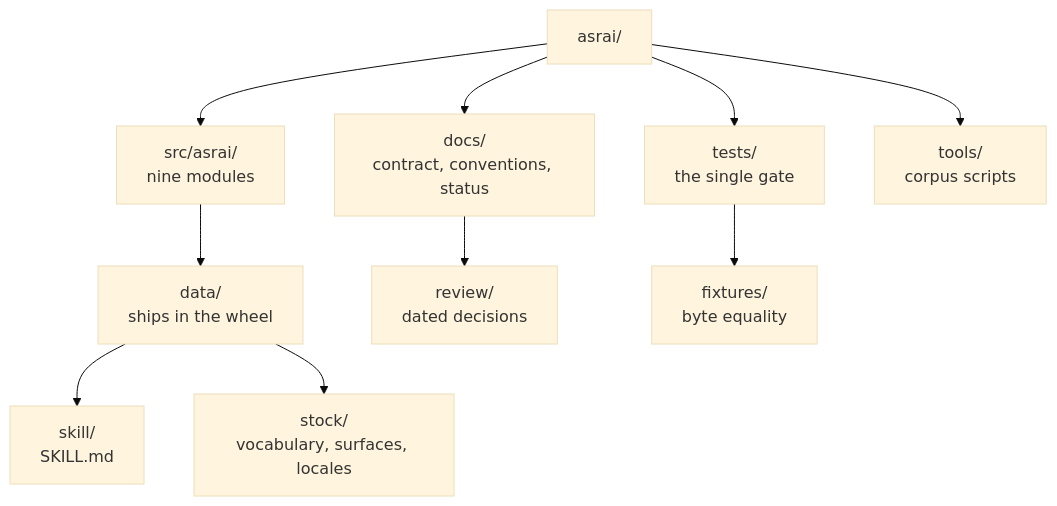
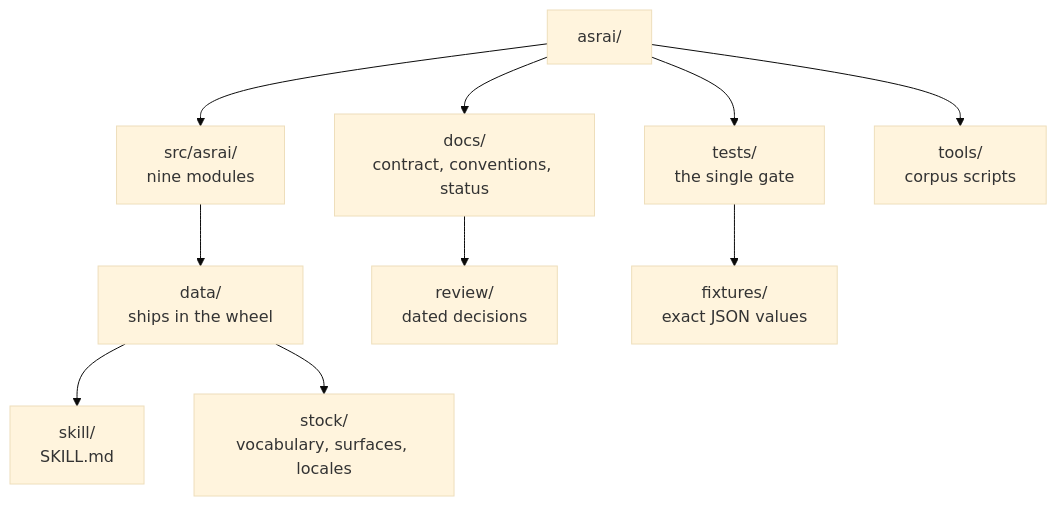
One commit to Stdev17/asrai changed the diagram in README.md. Above: the diagram before and after it, drawn with Mermaid (base theme). The commit also changed other lines of this file and 26 other files, not shown here.

````diff
--- a/README.md
+++ b/README.md
@@ -70,8 +75,8 @@
 ```mermaid
 flowchart TD
     ROOT["asrai/"] --> SRC["src/asrai/<br/>nine modules"] & DOCS["docs/<br/>contract, conventions, status"] & TESTS["tests/<br/>the single gate"] & TOOLS["tools/<br/>corpus scripts"]
     SRC --> DATA["data/<br/>ships in the wheel"]
     DATA --> SKILL["skill/<br/>SKILL.md"] & STOCK["stock/<br/>vocabulary, surfaces, locales"]
     DOCS --> REVIEW["review/<br/>dated decisions"]
-    TESTS --> FIX["fixtures/<br/>byte equality"]
+    TESTS --> FIX["fixtures/<br/>exact JSON values"]
 ```
````
